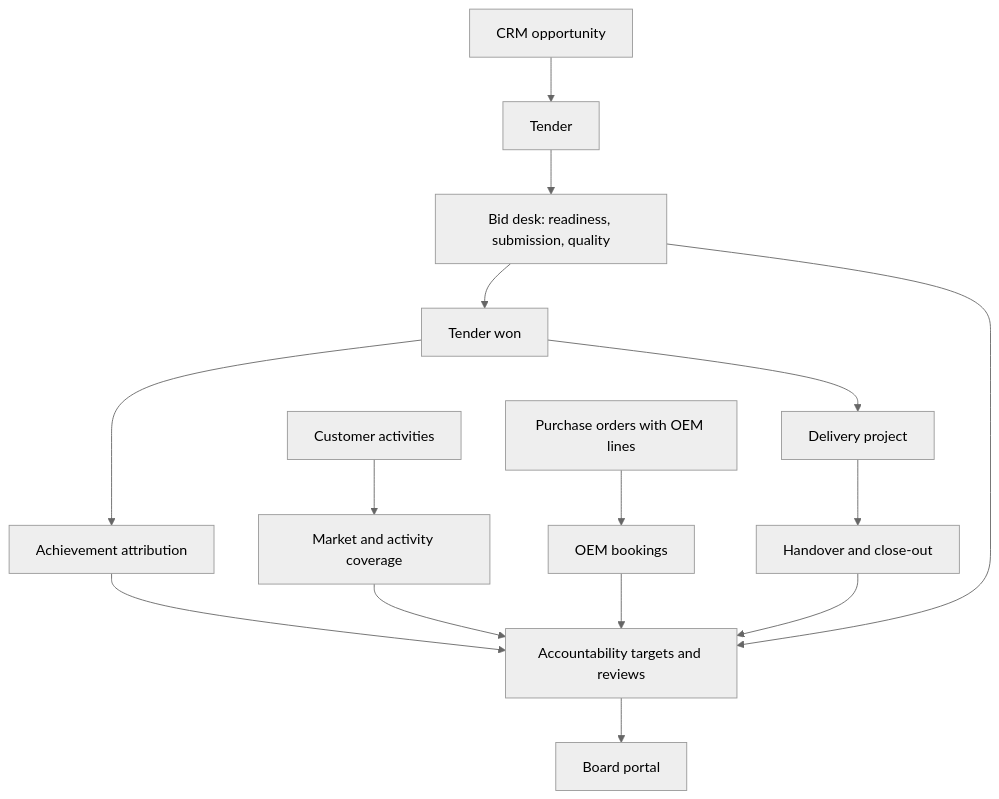
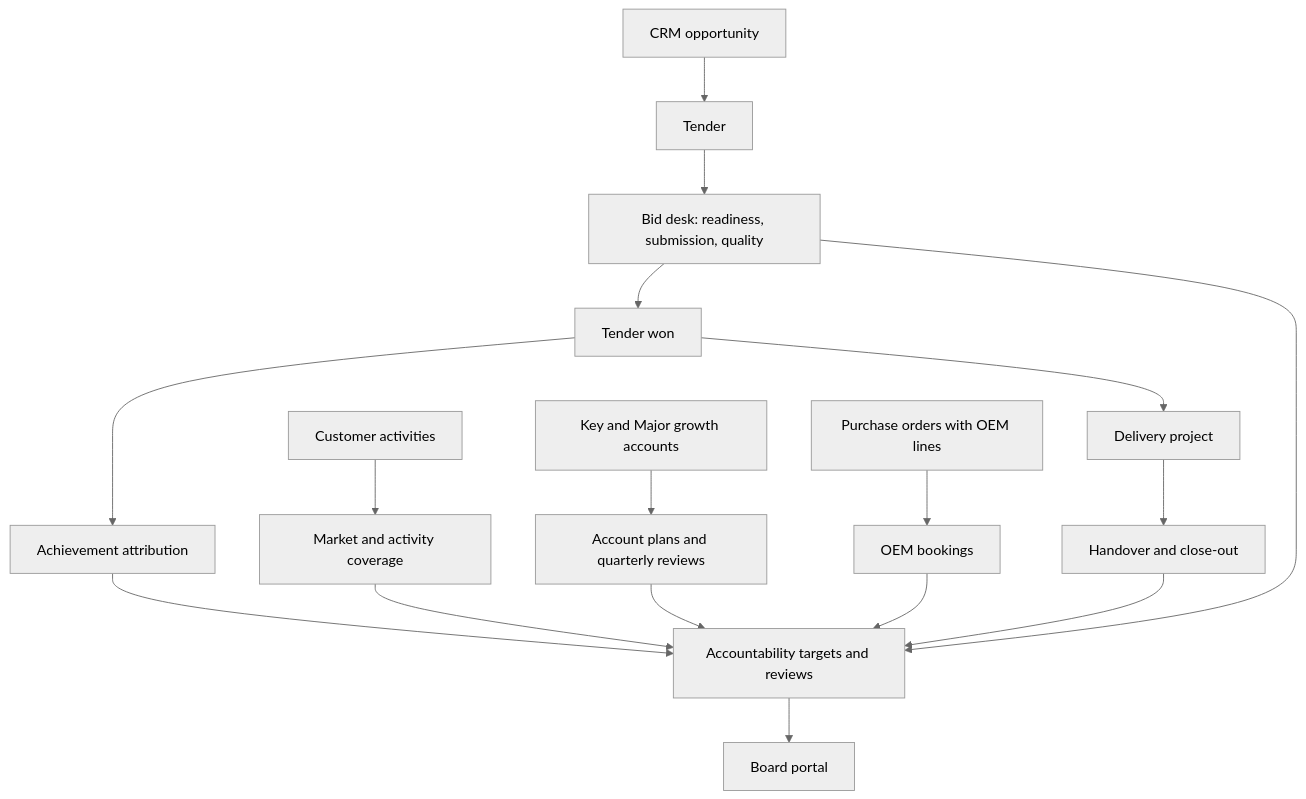
Before and after one commit to dennokorir/tritel_erp_training: the diagram in training-portal/src/content/docs/end-to-end/index.mdx, drawn with Mermaid (neutral theme). The commit also changed other lines of this file and 66 other files, not shown here.

First line of the commit message:
docs(training-portal): account plans, organogram and the account manager KPI (tritel-addons bba3de2)

````diff
--- a/training-portal/src/content/docs/end-to-end/index.mdx
+++ b/training-portal/src/content/docs/end-to-end/index.mdx
@@ -59,18 +62,20 @@
 ```mermaid
 flowchart TD
-%% docs-sync: shows crm_tender:menu:menu_crm_oem_bookings, tritel_accountability_framework:menu:menu_accountability_root, tritel_accountability_framework:selection:accountability.objective.achievement_state, tritel_project_delivery:menu:menu_delivery_config, tritel_project_delivery:menu:menu_delivery_root, tritel_project_delivery:selection:project.project.handover_state, tritel_project_delivery:view_ext:analytic.view_account_analytic_account_form:button:delivery-project, tritel_project_delivery:view_ext:project.edit_project:page:delivery, tritel_project_delivery:view_ext:tritel_tender_tracker.view_tender_form:field:delivery, tritel_tender_tracker:client_action:action_touchpoints_workspace, tritel_tender_tracker:menu:menu_customers_activities, tritel_tender_tracker:model:tender.initial, tritel_tender_tracker:selection:res.partner.coverage_rung, tritel_tender_tracker:selection:tender.initial.readiness_state
+%% docs-sync: shows crm_tender:menu:menu_crm_oem_bookings, tritel_accountability_framework:menu:menu_accountability_root, tritel_accountability_framework:selection:accountability.objective.achievement_state, tritel_project_delivery:menu:menu_delivery_config, tritel_project_delivery:menu:menu_delivery_root, tritel_project_delivery:selection:project.project.handover_state, tritel_project_delivery:view_ext:analytic.view_account_analytic_account_form:button:delivery-project, tritel_project_delivery:view_ext:project.edit_project:page:delivery, tritel_project_delivery:view_ext:tritel_tender_tracker.view_tender_form:field:delivery, tritel_tender_tracker:client_action:action_touchpoints_workspace, tritel_tender_tracker:menu:menu_customers_activities, tritel_tender_tracker:model:tender.initial, tritel_tender_tracker:selection:res.partner.coverage_rung, tritel_tender_tracker:selection:tender.initial.readiness_state, tritel_tender_tracker:model:tender.account.plan, tritel_tender_tracker:model:tender.account.plan.review
   OPP["CRM opportunity"] --> TEN["Tender"]
   TEN --> BID["Bid desk: readiness, submission, quality"]
   BID --> WON["Tender won"]
   WON --> ATT["Achievement attribution"]
   WON --> PRJ["Delivery project"]
   PRJ --> CLO["Handover and close-out"]
   ACT["Customer activities"] --> COV["Market and activity coverage"]
+  TIER["Key and Major growth accounts"] --> PLAN["Account plans and quarterly reviews"]
   PO["Purchase orders with OEM lines"] --> BK["OEM bookings"]
   ATT --> AF["Accountability targets and reviews"]
   BID --> AF
   CLO --> AF
   COV --> AF
+  PLAN --> AF
   BK --> AF
   AF --> BRD["Board portal"]
 ```
````
